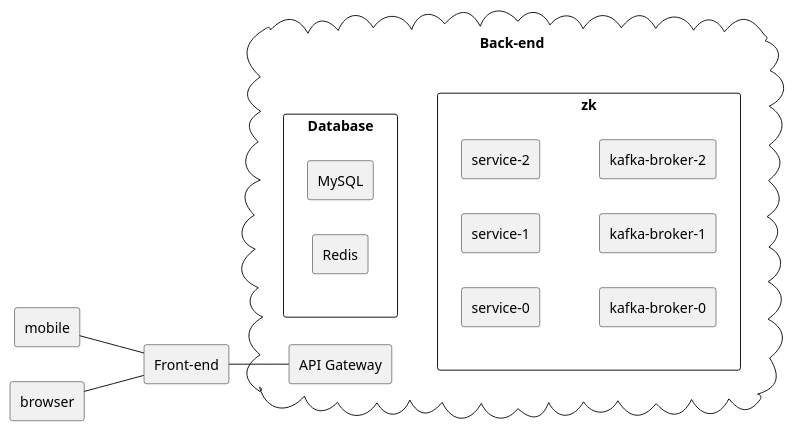
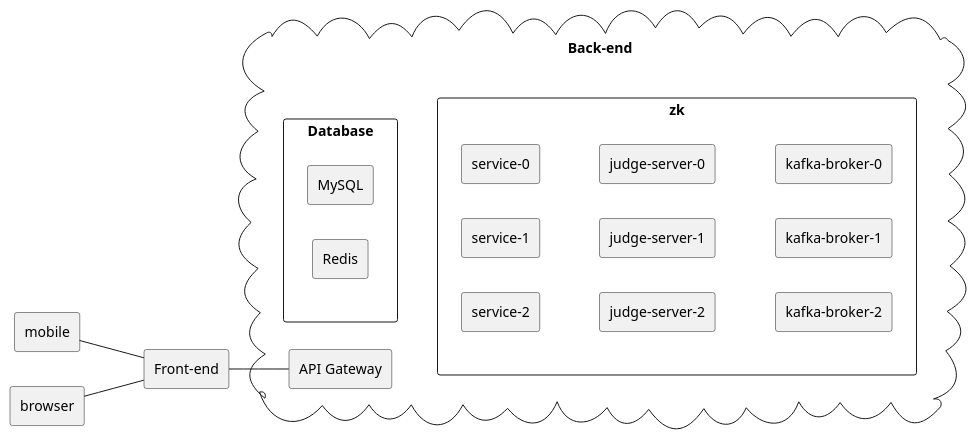
Before and after one commit to shuoj/diagram: the diagram in deployment-diagram/system-design.puml, drawn with PlantUML.

Commit message:
feat: update system design diagram

```diff
--- a/deployment-diagram/system-design.puml
+++ b/deployment-diagram/system-design.puml
@@ -1,45 +1,48 @@
 @startuml system-design
 
 left to right direction
 
 agent mobile
 agent browser
 
 rectangle "Front-end" as fe
 
 
 mobile -- fe
 browser -- fe
 
 
 cloud "Back-end\n" as be {
 
     rectangle "API Gateway"as gw
 
     gw -[hidden]- zk
 
     rectangle ZooKeeper as zk {
+        rectangle "service-2"
+        rectangle "service-1"
         rectangle "service-0"
-        rectangle "service-1"
-        rectangle "service-2"
+        rectangle "judge-server-2"
+        rectangle "judge-server-1"
+        rectangle "judge-server-0"
+        rectangle "kafka-broker-2"
+        rectangle "kafka-broker-1"
         rectangle "kafka-broker-0"
-        rectangle "kafka-broker-1"
-        rectangle "kafka-broker-2"
     }
 
     rectangle "Database" as db {
         rectangle MySQL
         rectangle Redis
     }
 
     db -[hidden]- zk
 }
 
 fe -- gw
 
 
 
 
 
 
 @enduml
```
